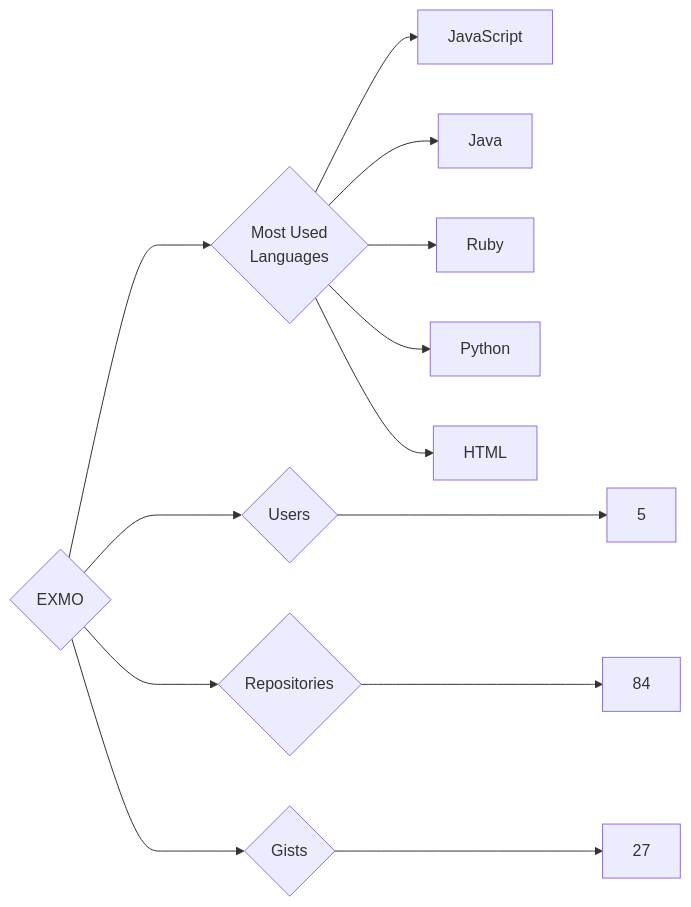
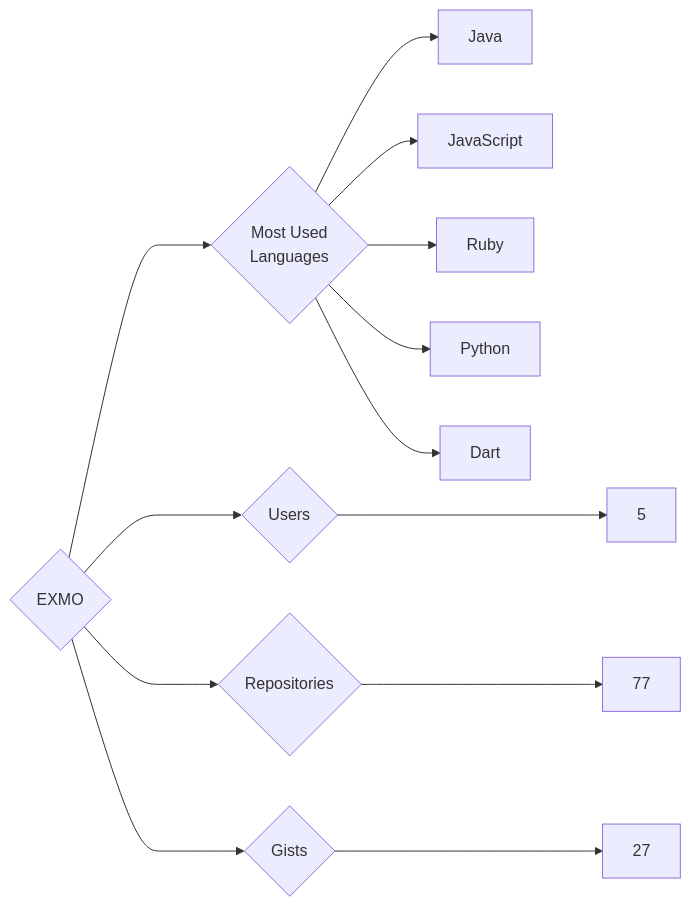
Before and after one commit to trickest/insiders: the diagram in targets/EXMO/README.md, drawn with Mermaid. The commit also changed 1020 other files, not shown here.

````diff
--- a/targets/EXMO/README.md
+++ b/targets/EXMO/README.md
@@ -3,13 +3,13 @@
 ```mermaid
 graph LR
 COMPANY_NAME{EXMO}
 COMPANY_NAME ---> U{Users} ---> UN[5]
-COMPANY_NAME ---> R{Repositories} ---> RN[84]
+COMPANY_NAME ---> R{Repositories} ---> RN[77]
 COMPANY_NAME ---> G{Gists} ---> GN[27]
 COMPANY_NAME ---> ML{Most Used<br>Languages}
+ML --> Java[Java]
 ML --> JavaScript[JavaScript]
-ML --> Java[Java]
 ML --> Ruby[Ruby]
 ML --> Python[Python]
-ML --> HTML[HTML]
+ML --> Dart[Dart]
 ```
````
